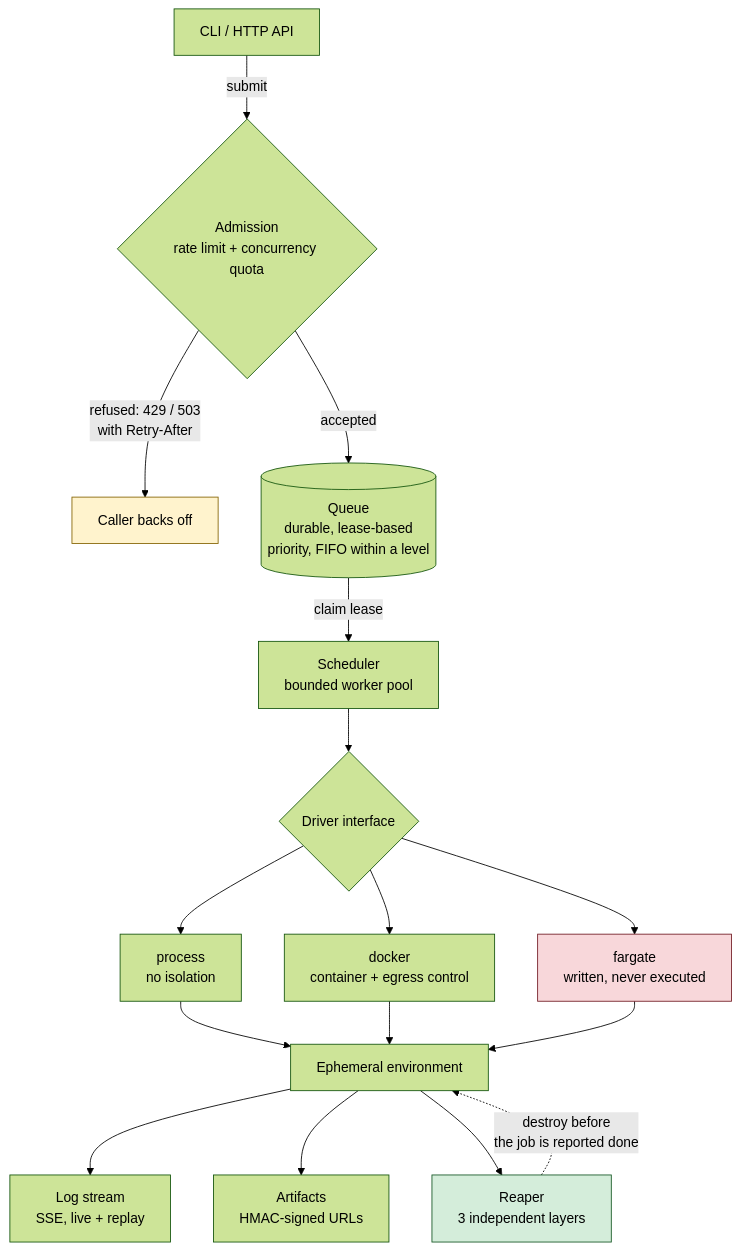
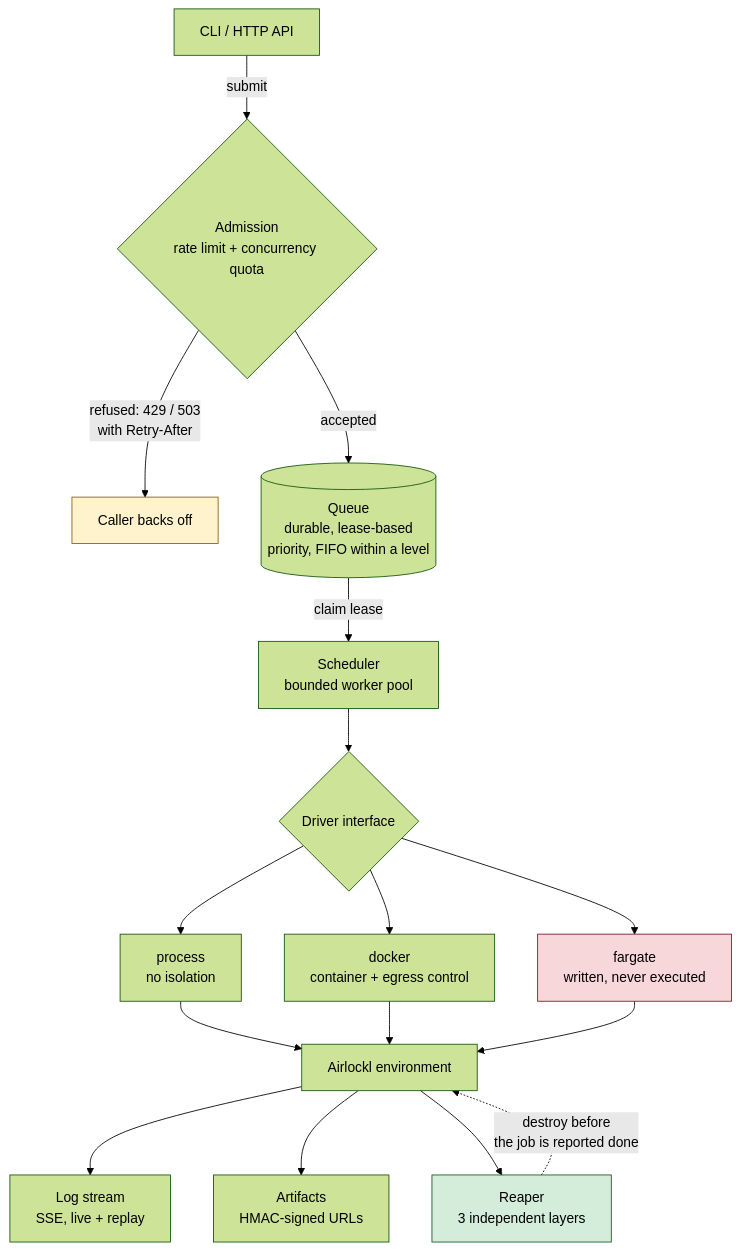
Before and after one commit to bytes-as/airlock: the first of 4 diagrams in README.md, drawn with Mermaid (forest theme). The commit also changed other lines of this file and 45 other files, not shown here.

````diff
--- a/README.md
+++ b/README.md
@@ -24,26 +24,26 @@
 ```mermaid
 flowchart TB
     CLI["CLI / HTTP API"] -->|submit| ADM{"Admission<br/>rate limit + concurrency quota"}
 
     ADM -->|"refused: 429 / 503<br/>with Retry-After"| REJ["Caller backs off"]
     ADM -->|accepted| Q[("Queue<br/>durable, lease-based<br/>priority, FIFO within a level")]
 
     Q -->|claim lease| SCH["Scheduler<br/>bounded worker pool"]
     SCH --> DRV{"Driver interface"}
 
     DRV --> PROC["process<br/>no isolation"]
     DRV --> DOCK["docker<br/>container + egress control"]
     DRV --> FARG["fargate<br/>written, never executed"]
 
-    PROC & DOCK & FARG --> ENV["Ephemeral environment"]
+    PROC & DOCK & FARG --> ENV["Airlockl environment"]
 
     ENV --> LOGS["Log stream<br/>SSE, live + replay"]
     ENV --> ART["Artifacts<br/>HMAC-signed URLs"]
     ENV --> REAP["Reaper<br/>3 independent layers"]
 
     REAP -.->|"destroy before<br/>the job is reported done"| ENV
 
     style REJ fill:#fff3cd,stroke:#856404,color:#000
     style FARG fill:#f8d7da,stroke:#721c24,color:#000
     style REAP fill:#d4edda,stroke:#155724,color:#000
 ```
````
